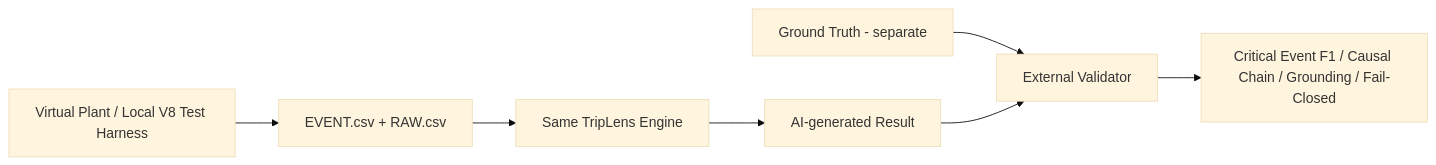
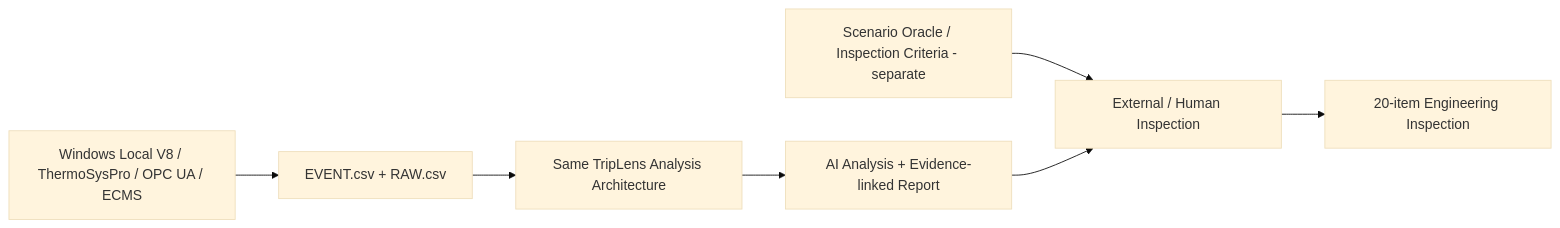
Before and after one commit to khaku25/triplens-thermosyspro-cloud-runner: the second of 2 diagrams in SUBMISSION_KIEE2026/REQUIRED/01_SYSTEM_ARCHITECTURE.md, drawn with Mermaid (base theme). The commit also changed other lines of this file, not shown here.

Commit message:
Align system architecture with current agent and validation state

````diff
--- a/SUBMISSION_KIEE2026/REQUIRED/01_SYSTEM_ARCHITECTURE.md
+++ b/SUBMISSION_KIEE2026/REQUIRED/01_SYSTEM_ARCHITECTURE.md
@@ -135,9 +157,9 @@
 ```mermaid
 flowchart LR
-    V["Virtual Plant / Local V8 Test Harness"] --> E["EVENT.csv + RAW.csv"]
-    E --> T["Same TripLens Engine"]
-    T --> R["AI-generated Result"]
-    G["Ground Truth - separate"] --> X["External Validator"]
+    V["Windows Local V8 / ThermoSysPro / OPC UA / ECMS"] --> E["EVENT.csv + RAW.csv"]
+    E --> T["Same TripLens Analysis Architecture"]
+    T --> R["AI Analysis + Evidence-linked Report"]
+    G["Scenario Oracle / Inspection Criteria - separate"] --> X["External / Human Inspection"]
     R --> X
-    X --> S["Critical Event F1 / Causal Chain / Grounding / Fail-Closed"]
+    X --> S["20-item Engineering Inspection"]
 ```
````
